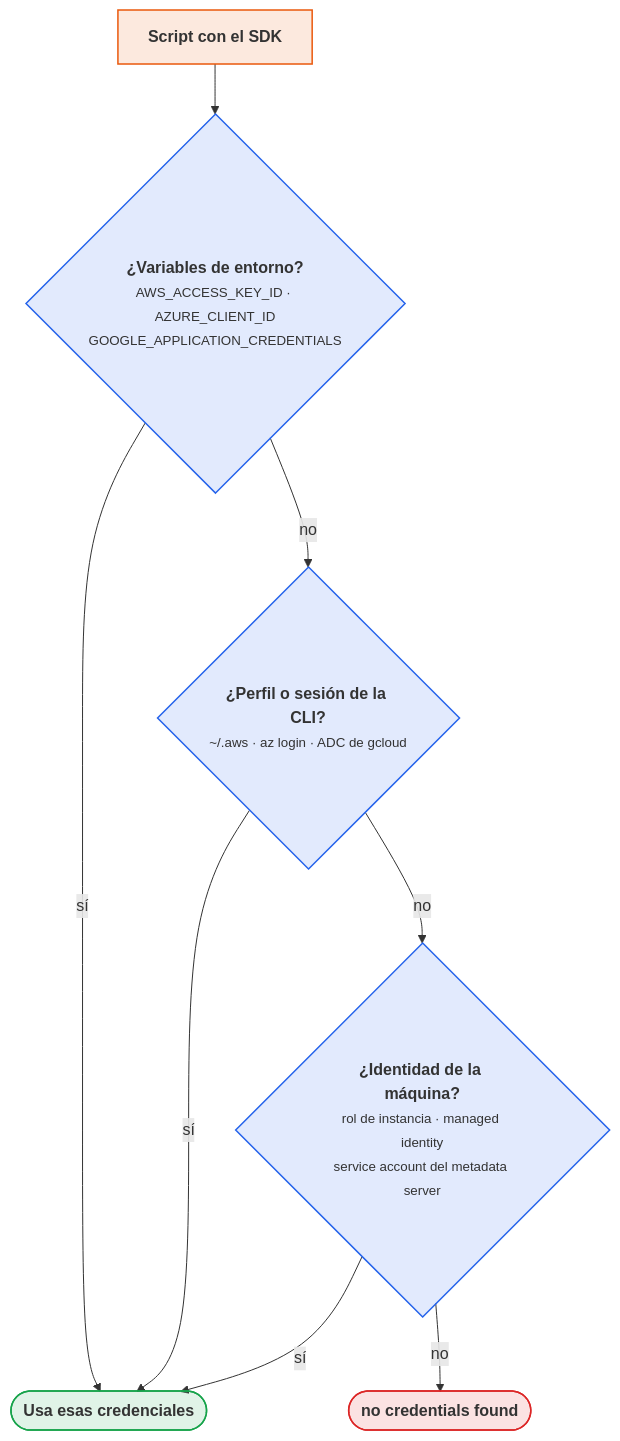
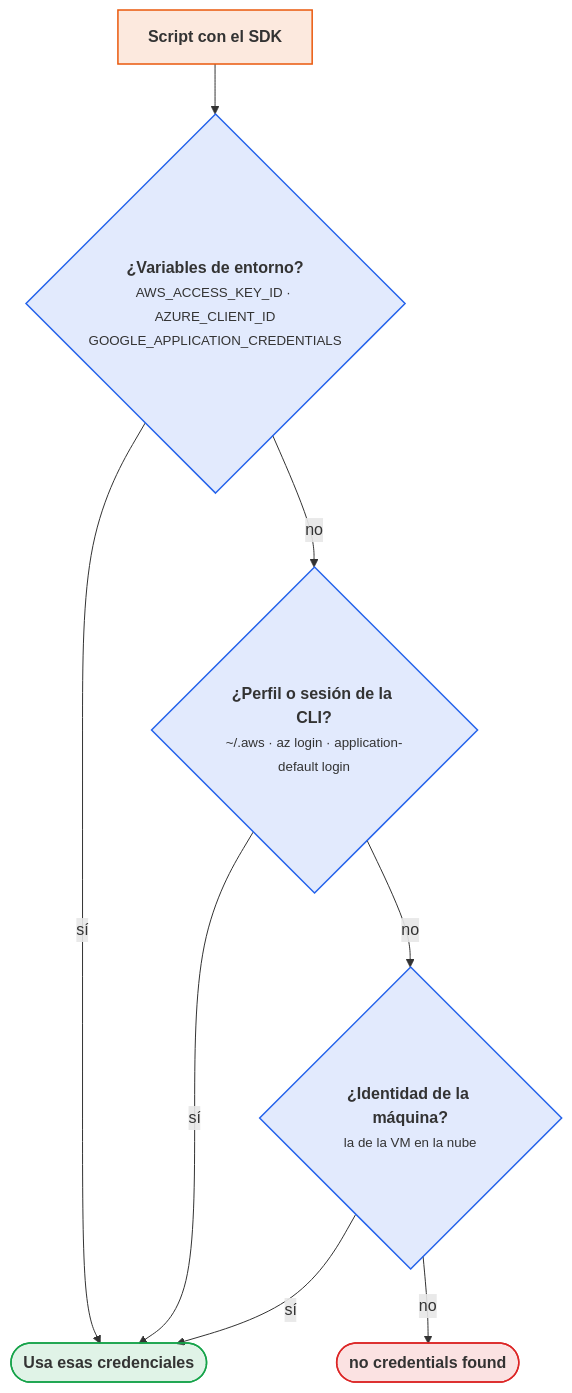
Before and after one commit to victor-educ/apuntes-5166: the fourth of 4 diagrams in docs/ut/ut4-nube-publica.md, drawn with Mermaid. The commit also changed other lines of this file and 5 other files, not shown here.

````diff
--- a/docs/ut/ut4-nube-publica.md
+++ b/docs/ut/ut4-nube-publica.md
@@ -878,22 +844,20 @@
 ```mermaid
 flowchart TD
     A["<b>Script con el SDK</b>"]:::act
     B{"<b>¿Variables de entorno?</b><br><small>AWS_ACCESS_KEY_ID · AZURE_CLIENT_ID<br>GOOGLE_APPLICATION_CREDENTIALS</small>"}:::dato
-    C{"<b>¿Perfil o sesión de la CLI?</b><br><small>~/.aws · az login · ADC de gcloud</small>"}:::dato
-    D{"<b>¿Identidad de la máquina?</b><br><small>rol de instancia · managed identity<br>service account del metadata server</small>"}:::dato
+    C{"<b>¿Perfil o sesión de la CLI?</b><br><small>~/.aws · az login · application-default login</small>"}:::dato
+    D{"<b>¿Identidad de la máquina?</b><br><small>la de la VM en la nube</small>"}:::dato
     Z(["<b>Usa esas credenciales</b>"]):::ok
     E(["<b>no credentials found</b>"]):::riesgo
     A --> B
     B -- sí --> Z
     B -- no --> C
     C -- sí --> Z
     C -- no --> D
     D -- sí --> Z
     D -- no --> E
     classDef act fill:#ea580c22,stroke:#ea580c,stroke-width:1.5px
-    classDef pieza fill:#64748b22,stroke:#64748b,stroke-width:1.5px
     classDef dato fill:#2563eb22,stroke:#2563eb,stroke-width:1.5px
-    classDef infra fill:#a1a1aa14,stroke:#a1a1aa,stroke-width:1.5px
     classDef ok fill:#16a34a22,stroke:#16a34a,stroke-width:1.5px
     classDef riesgo fill:#dc262622,stroke:#dc2626,stroke-width:1.5px
 ```
````
